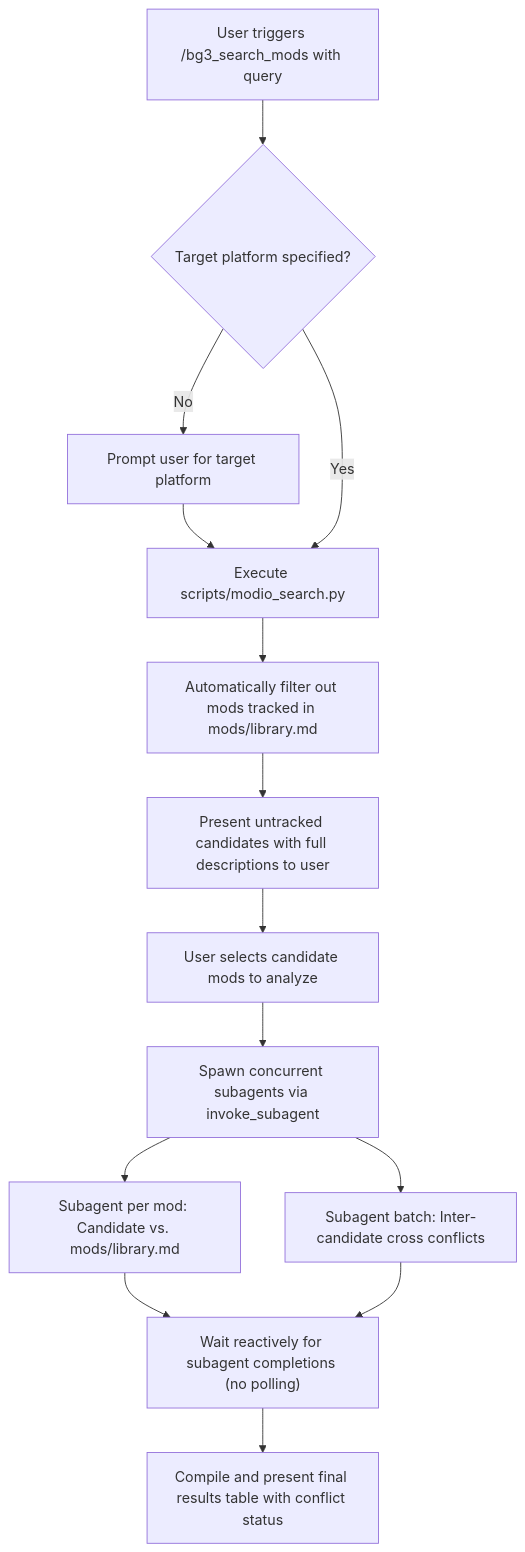
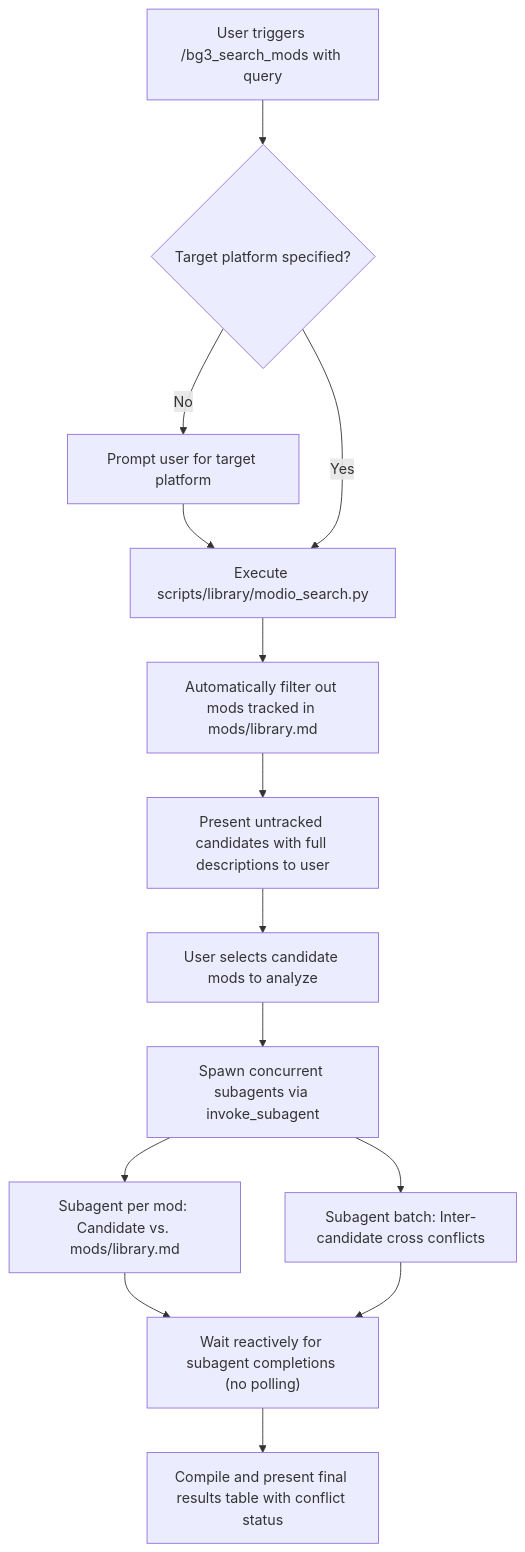
The diagram in .agents/skills/bg3_search_mods/SKILL.md (jpelton-stroud/bg3-mod-studio), drawn with Mermaid before and after one commit. The commit also changed other lines of this file and 101 other files, not shown here.

````diff
--- a/.agents/skills/bg3_search_mods/SKILL.md
+++ b/.agents/skills/bg3_search_mods/SKILL.md
@@ -16,16 +16,16 @@
 ```mermaid
 flowchart TD
     A["User triggers /bg3_search_mods with query"] --> B{"Target platform specified?"}
     B -->|"No"| C["Prompt user for target platform"]
-    C --> D["Execute scripts/modio_search.py"]
+    C --> D["Execute scripts/library/modio_search.py"]
     B -->|"Yes"| D
     D --> E["Automatically filter out mods tracked in mods/library.md"]
     E --> F["Present untracked candidates with full descriptions to user"]
     F --> G["User selects candidate mods to analyze"]
     G --> H["Spawn concurrent subagents via invoke_subagent"]
     H --> I["Subagent per mod: Candidate vs. mods/library.md"]
     H --> J["Subagent batch: Inter-candidate cross conflicts"]
     I --> K["Wait reactively for subagent completions (no polling)"]
     J --> K
     K --> L["Compile and present final results table with conflict status"]
 ```
````
